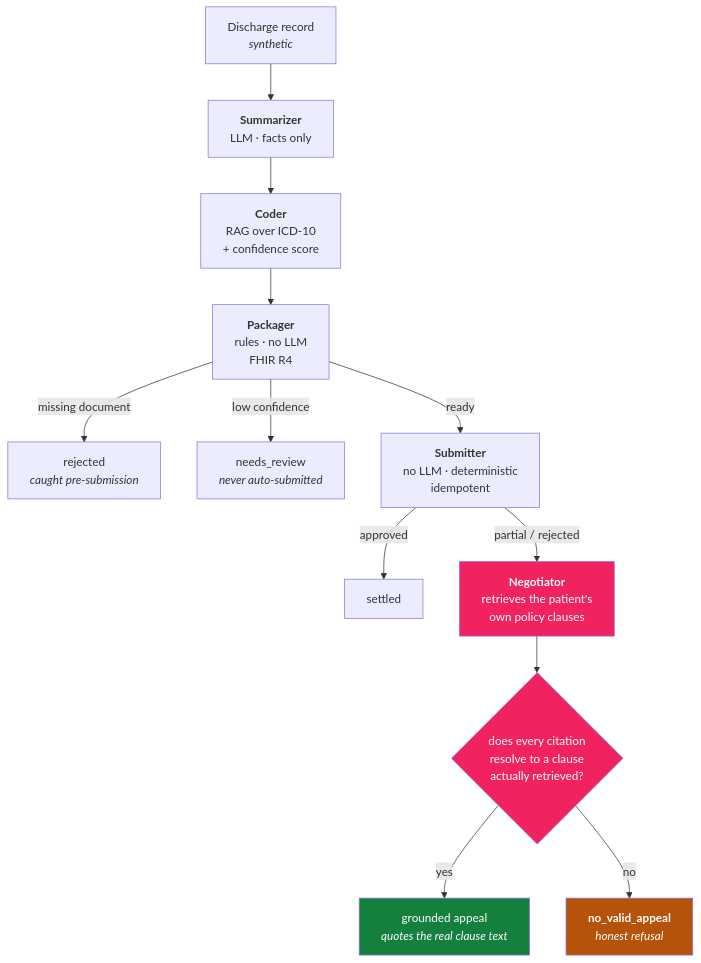
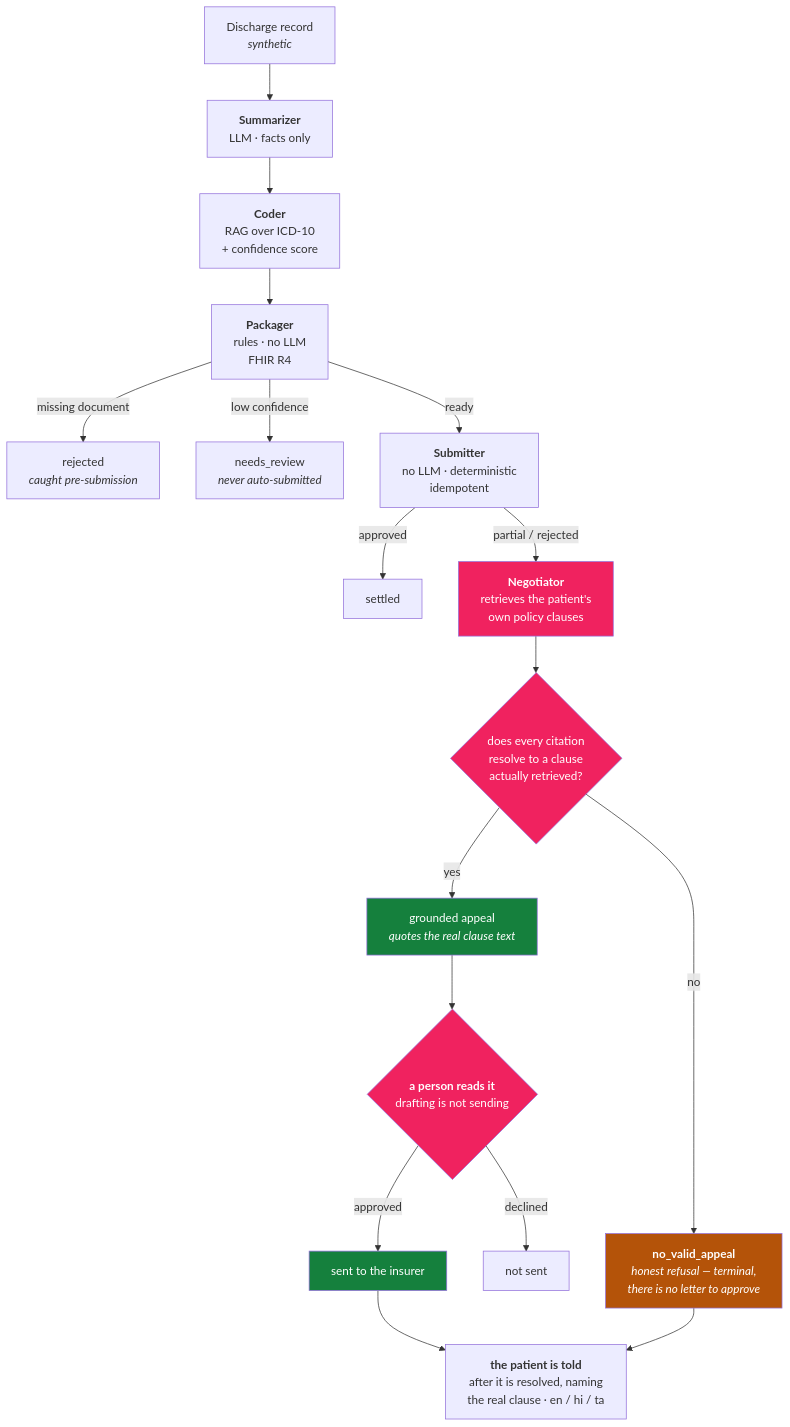
The diagram in README.md (heyitspuru/Sarge-claimGuard), drawn with Mermaid before and after one commit. The commit also changed other lines of this file, not shown here.

Commit message:
docs: the README diagram stopped at the appeal, skipping the human gate
The flowchart ended at "grounded appeal", which reads as the appeal going
straight to the insurer. That was true when it was drawn and stopped being true
when the hospital console landed — so the diagram was claiming exactly the thing
the console exists to prevent.

Adds the review gate (approved -> sent / declined -> not sent), marks the
honest-no terminal (there is no letter to approve, which today's store guard now
enforces), and shows both paths converging on the patient being told.

Also adds step 6 to the narrative and a line on the advocacy track, which the
diagram referenced but nothing explained.

Rendered with mermaid-cli before committing rather than assuming it parses.

Claude-Session: https://claude.ai/code/session_01E4BBKEgYVkutR3Y6rgScsK

````diff
--- a/README.md
+++ b/README.md
@@ -15,22 +15,31 @@
 ```mermaid
 flowchart TD
     R["Discharge record<br/><i>synthetic</i>"] --> S["<b>Summarizer</b><br/>LLM · facts only"]
     S --> C["<b>Coder</b><br/>RAG over ICD-10<br/>+ confidence score"]
     C --> P["<b>Packager</b><br/>rules · no LLM<br/>FHIR R4"]
 
     P -->|missing document| REJ["rejected<br/><i>caught pre-submission</i>"]
     P -->|low confidence| REV["needs_review<br/><i>never auto-submitted</i>"]
     P -->|ready| SUB["<b>Submitter</b><br/>no LLM · deterministic<br/>idempotent"]
 
     SUB -->|approved| DONE["settled"]
     SUB -->|partial / rejected| NEG["<b>Negotiator</b><br/>retrieves the patient's<br/>own policy clauses"]
 
     NEG --> GATE{"does every citation<br/>resolve to a clause<br/>actually retrieved?"}
     GATE -->|yes| AP["grounded appeal<br/><i>quotes the real clause text</i>"]
-    GATE -->|no| NO["<b>no_valid_appeal</b><br/><i>honest refusal</i>"]
+    GATE -->|no| NO["<b>no_valid_appeal</b><br/><i>honest refusal — terminal,<br/>there is no letter to approve</i>"]
+
+    AP --> HR{"<b>a person reads it</b><br/>drafting is not sending"}
+    HR -->|approved| SENT["sent to the insurer"]
+    HR -->|declined| HELD["not sent"]
+
+    SENT --> PT["<b>the patient is told</b><br/>after it is resolved, naming<br/>the real clause · en / hi / ta"]
+    NO --> PT
 
     style NEG fill:#F0225F,color:#fff
     style GATE fill:#F0225F,color:#fff
+    style HR fill:#F0225F,color:#fff
     style NO fill:#B45309,color:#fff
     style AP fill:#15803D,color:#fff
+    style SENT fill:#15803D,color:#fff
 ```
````
